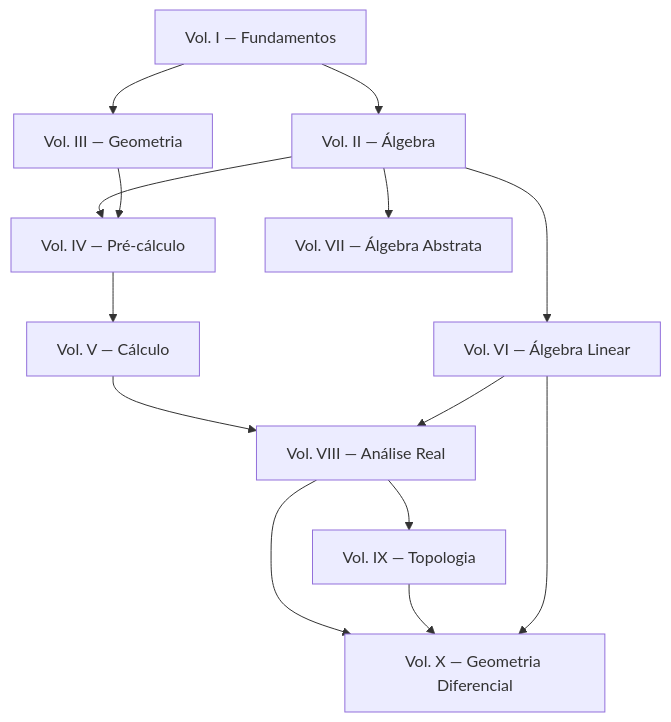
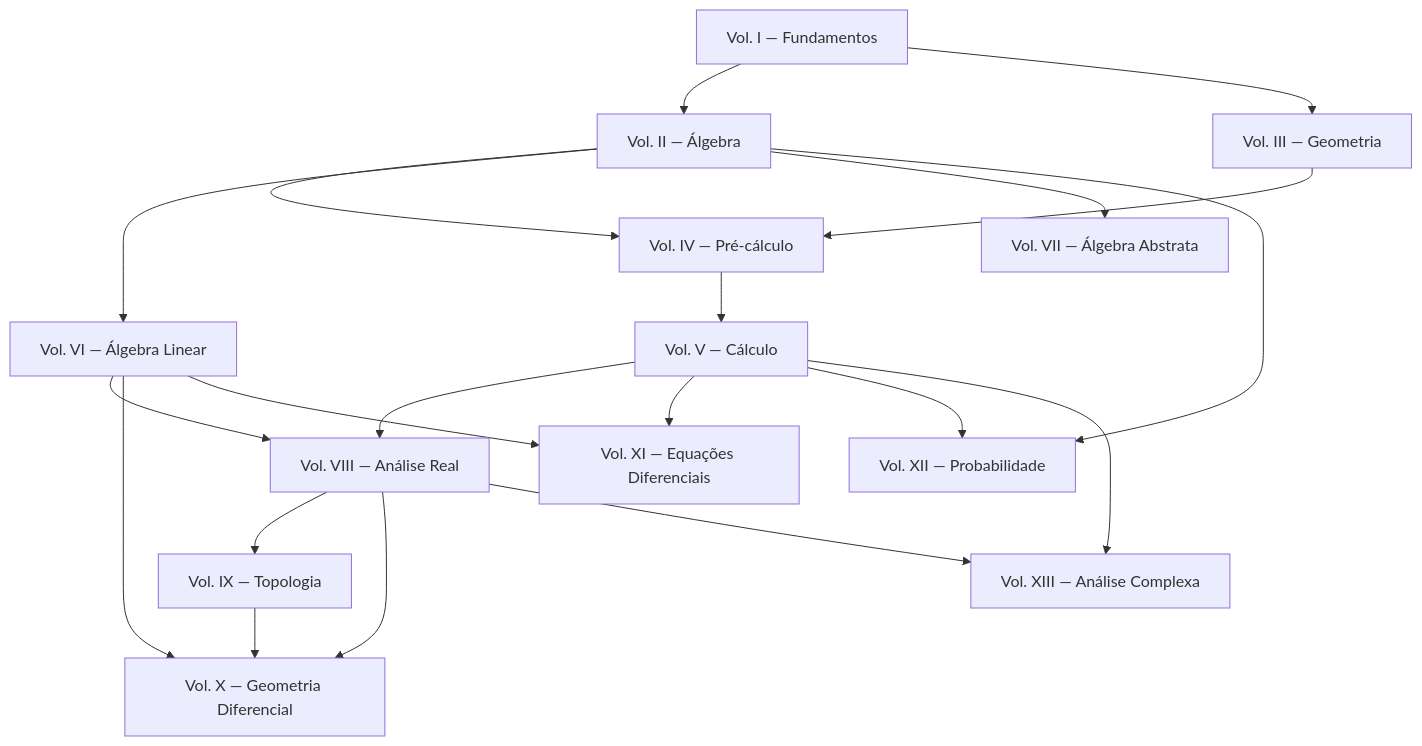
One commit to VitorMattosDev/manual-matematica changed the diagram in index.qmd. Above: the diagram before and after it, drawn with Mermaid. The commit also changed other lines of this file and 1 other file, not shown here.

First line of the commit message:
Adiciona Vols. XI-XIII ao mapa de pre-requisitos e fallback para PDF

````diff
--- a/index.qmd
+++ b/index.qmd
@@ -39,16 +40,22 @@
 ```{mermaid}
 flowchart TD
     V1["Vol. I — Fundamentos"] --> V2["Vol. II — Álgebra"]
     V1 --> V3["Vol. III — Geometria"]
     V2 --> V4["Vol. IV — Pré-cálculo"]
     V3 --> V4
     V4 --> V5["Vol. V — Cálculo"]
     V2 --> V6["Vol. VI — Álgebra Linear"]
     V5 --> V8["Vol. VIII — Análise Real"]
     V6 --> V8
     V2 --> V7["Vol. VII — Álgebra Abstrata"]
     V8 --> V9["Vol. IX — Topologia"]
     V8 --> V10["Vol. X — Geometria Diferencial"]
     V9 --> V10
     V6 --> V10
+    V5 --> V11["Vol. XI — Equações Diferenciais"]
+    V6 --> V11
+    V2 --> V12["Vol. XII — Probabilidade"]
+    V5 --> V12
+    V5 --> V13["Vol. XIII — Análise Complexa"]
+    V8 --> V13
 ```
````
